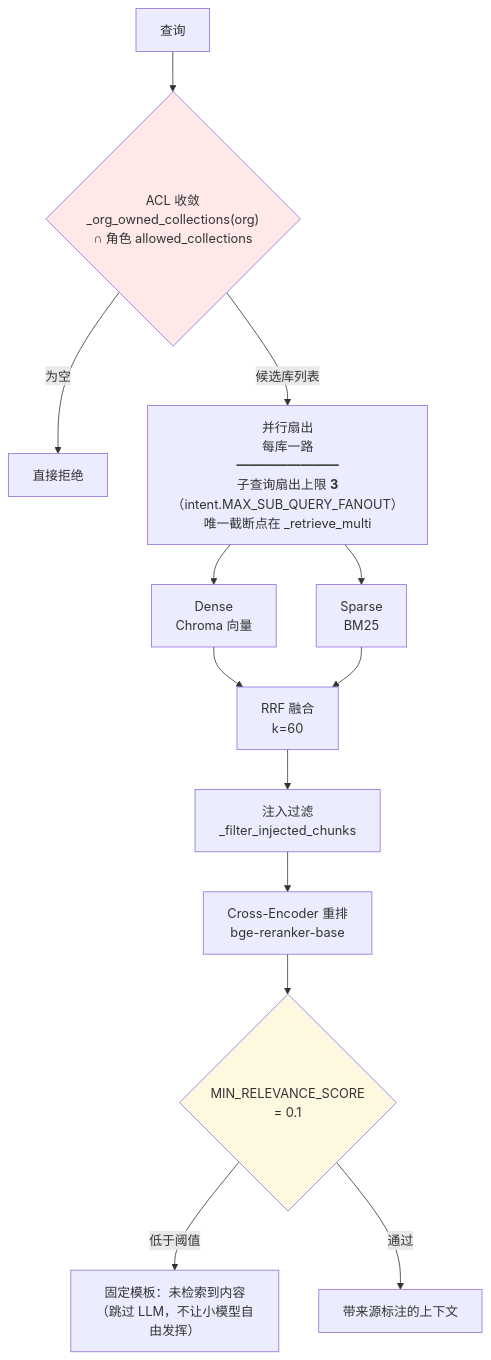
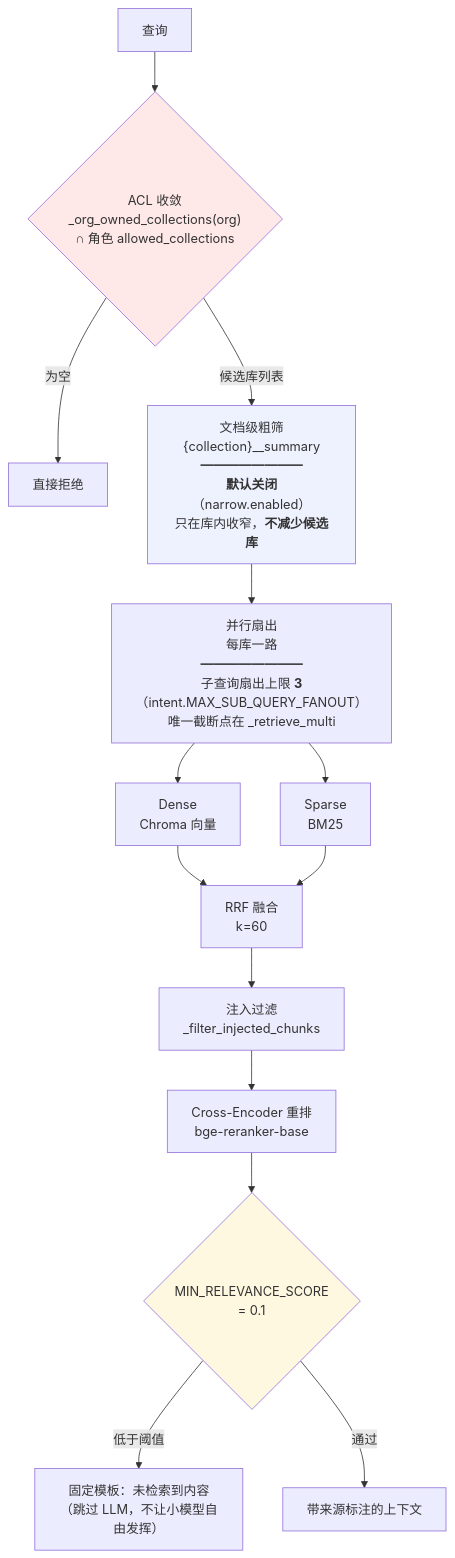
The fifth of 6 diagrams in docs/architecture.md (lineagemtw0002-sketch/enterprise-qa-agent), drawn with Mermaid before and after one commit. The commit also changed other lines of this file, not shown here.

First line of the commit message:
docs(architecture): 检索链路补上文档级粗筛，并更正"6 库并行与单库持平"这条结论

````diff
--- a/docs/architecture.md
+++ b/docs/architecture.md
@@ -228,19 +228,21 @@
 ```mermaid
 flowchart TB
     Q["查询"] --> ACL{"ACL 收敛<br/>_org_owned_collections(org)<br/>∩ 角色 allowed_collections"}
     ACL -->|为空| DENY["直接拒绝"]
-    ACL -->|候选库列表| FAN["并行扇出<br/>每库一路<br/>━━━━━━━━<br/>子查询扇出上限 <b>3</b><br/>（intent.MAX_SUB_QUERY_FANOUT）<br/>唯一截断点在 _retrieve_multi"]
+    ACL -->|候选库列表| NAR["文档级粗筛<br/>{collection}__summary<br/>━━━━━━━━<br/><b>默认关闭</b>（narrow.enabled）<br/>只在库内收窄，<b>不减少候选库</b>"]
+    NAR --> FAN["并行扇出<br/>每库一路<br/>━━━━━━━━<br/>子查询扇出上限 <b>3</b><br/>（intent.MAX_SUB_QUERY_FANOUT）<br/>唯一截断点在 _retrieve_multi"]
 
     FAN --> D["Dense<br/>Chroma 向量"]
     FAN --> S["Sparse<br/>BM25"]
     D --> RRF["RRF 融合<br/>k=60"]
     S --> RRF
     RRF --> INJ["注入过滤<br/>_filter_injected_chunks"]
     INJ --> RR["Cross-Encoder 重排<br/>bge-reranker-base"]
     RR --> TH{"MIN_RELEVANCE_SCORE<br/>= 0.1"}
     TH -->|低于阈值| EMPTY["固定模板：未检索到内容<br/>（跳过 LLM，不让小模型自由发挥）"]
     TH -->|通过| OUT["带来源标注的上下文"]
 
     style ACL fill:#ffe8e8
+    style NAR fill:#eef2ff
     style TH fill:#fff8e0
 ```
````
